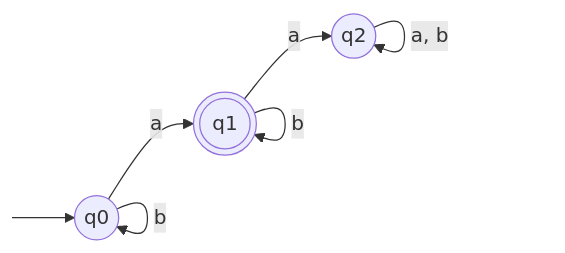
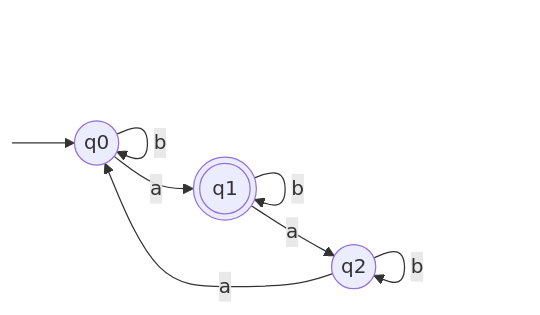
Before and after one commit to bfeitknecht/vault: the third of 3 diagrams in sem3/TIN/UE/bf/TI-bf-u04.md, drawn with Mermaid. The commit also changed other lines of this file, not shown here.

Commit message:
backup: 2024-10-15T17:34:35+02:00 from MacBook Pro (echo)
Affected files:
sem3/TIN/UE/bf/TI-bf-u04.md

````diff
--- a/sem3/TIN/UE/bf/TI-bf-u04.md
+++ b/sem3/TIN/UE/bf/TI-bf-u04.md
@@ -88,15 +88,15 @@
 ```mermaid
 flowchart LR
 classDef hidden display: none;
 
 S:::hidden
 
 q0((q0))
 q1(((q1)))
 q2((q2))
 
-S --> q0 -->|"a"| q1 -->|"a"| q2
+S --> q0 -->|"a"| q1 -->|"a"| q2 -->|"a"| q0
 q0 -->|"b"| q0
 q1 -->|"b"| q1
-q2 -->|"a, b"| q2
+q2 -->|"b"| q2
 ```
````
